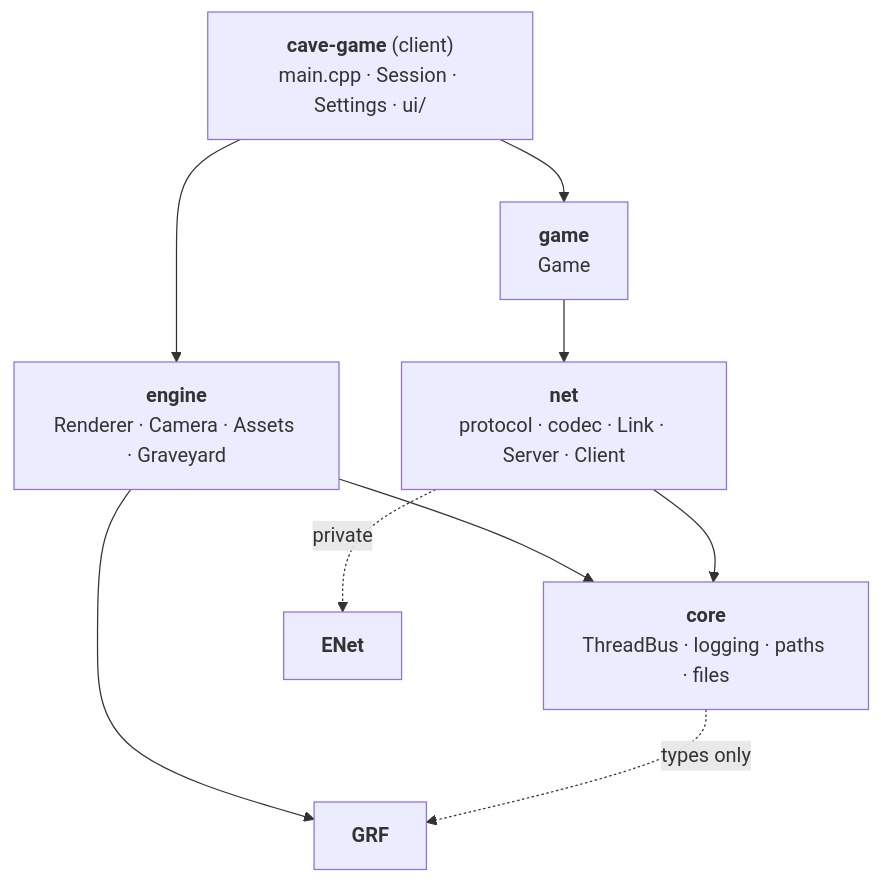
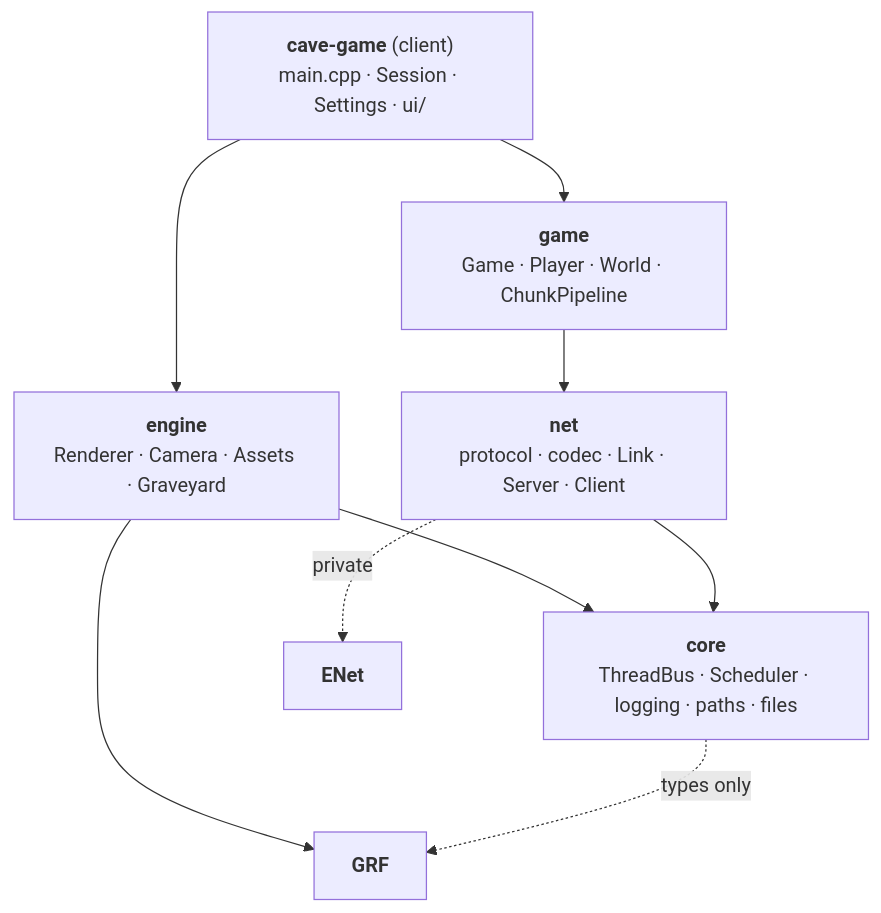
The first of 3 diagrams in docs/architecture.md (hippgroot/cave-game), drawn with Mermaid before and after one commit. The commit also changed other lines of this file and 84 other files, not shown here.

````diff
--- a/docs/architecture.md
+++ b/docs/architecture.md
@@ -12,19 +12,19 @@
 ```mermaid
 flowchart TB
   client["<b>cave-game</b> (client)<br/>main.cpp · Session · Settings · ui/"]
   engine["<b>engine</b><br/>Renderer · Camera · Assets · Graveyard"]
-  game["<b>game</b><br/>Game"]
+  game["<b>game</b><br/>Game · Player · World · ChunkPipeline"]
   net["<b>net</b><br/>protocol · codec · Link · Server · Client"]
-  core["<b>core</b><br/>ThreadBus · logging · paths · files"]
+  core["<b>core</b><br/>ThreadBus · Scheduler · logging · paths · files"]
   grf["<b>GRF</b>"]
   enet["<b>ENet</b>"]
 
   client --> engine
   client --> game
   game --> net
   engine --> core
   net --> core
   net -. private .-> enet
   engine --> grf
   core -. "types only" .-> grf
 ```
````
